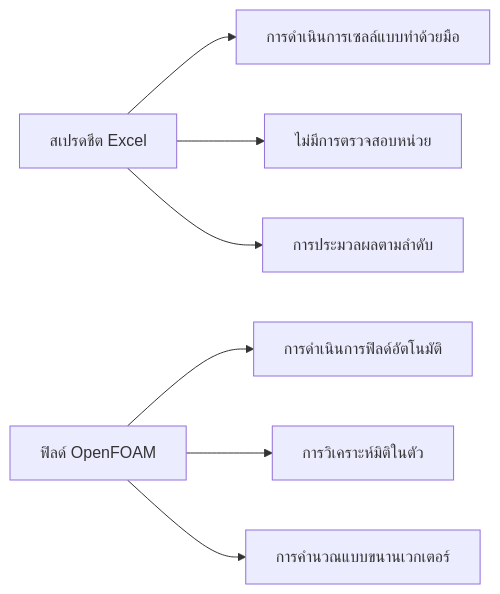
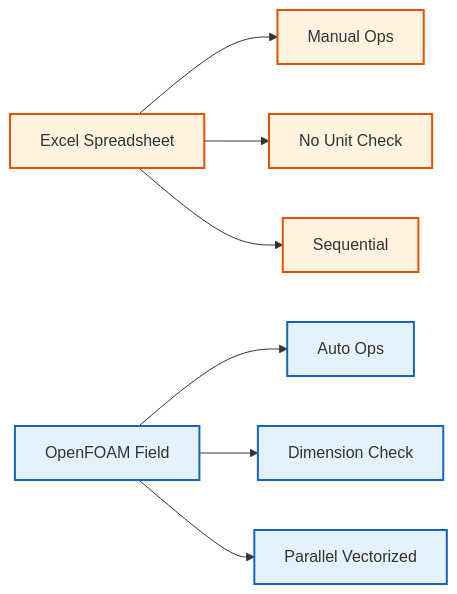
One commit to wramet/build-my-cfd changed the first of 4 diagrams in MODULE_05_OPENFOAM_PROGRAMMING/CONTENT/08_FIELD_TYPES/00_Overview.md. Above: the diagram before and after it, drawn with Mermaid. The commit also changed other lines of this file and 313 other files, not shown here.

Commit message:
Revise all diagram

````diff
--- a/MODULE_05_OPENFOAM_PROGRAMMING/CONTENT/08_FIELD_TYPES/00_Overview.md
+++ b/MODULE_05_OPENFOAM_PROGRAMMING/CONTENT/08_FIELD_TYPES/00_Overview.md
@@ -81,10 +81,14 @@
 ```mermaid
 flowchart LR
-    A[สเปรดชีต Excel] --> B[การดำเนินการเซลล์แบบทำด้วยมือ]
-    A --> C[ไม่มีการตรวจสอบหน่วย]
-    A --> D[การประมวลผลตามลำดับ]
+%% Classes
+classDef explicit fill:#fff3e0,stroke:#e65100,stroke-width:2px;
+classDef implicit fill:#e3f2fd,stroke:#1565c0,stroke-width:2px;
+%% Nodes
+A[Excel Spreadsheet]:::explicit --> B[Manual Ops]:::explicit
+A --> C[No Unit Check]:::explicit
+A --> D[Sequential]:::explicit
 
-    E[ฟิลด์ OpenFOAM] --> F[การดำเนินการฟิลด์อัตโนมัติ]
-    E --> G[การวิเคราะห์มิติในตัว]
-    E --> H[การคำนวณแบบขนานเวกเตอร์]
+E[OpenFOAM Field]:::implicit --> F[Auto Ops]:::implicit
+E --> G[Dimension Check]:::implicit
+E --> H[Parallel Vectorized]:::implicit
 ```
````
